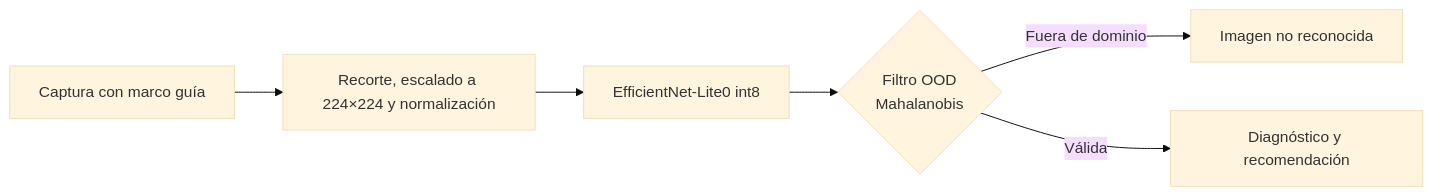
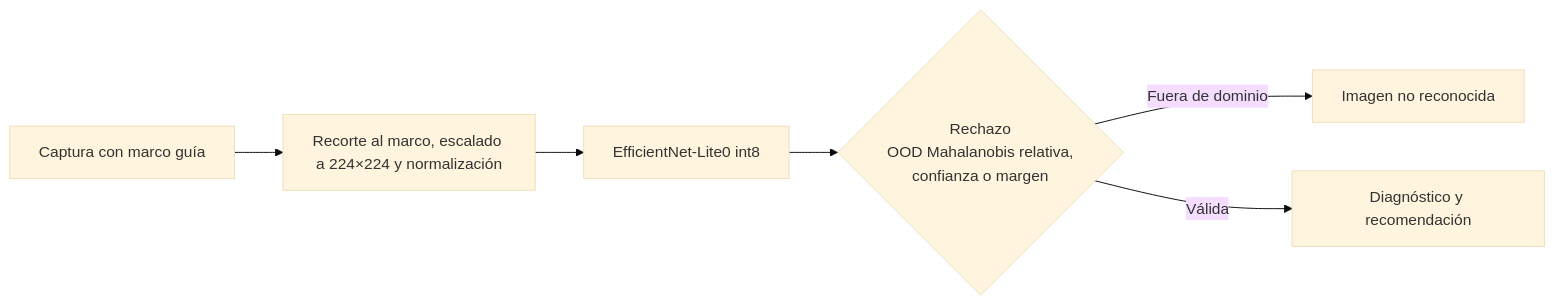
One commit to daiv05/maize-doctor-classifier changed the diagram in docs/es/guia/index.md. Above: the diagram before and after it, drawn with Mermaid (base theme). The commit also changed other lines of this file and 8 other files, not shown here.

````diff
--- a/docs/es/guia/index.md
+++ b/docs/es/guia/index.md
@@ -15,8 +15,8 @@
 ```mermaid
 flowchart LR
-    A["Captura con marco guía"] --> B["Recorte, escalado a 224×224 y normalización"]
+    A["Captura con marco guía"] --> B["Recorte al marco, escalado a 224×224 y normalización"]
     B --> C["EfficientNet-Lite0 int8"]
-    C --> D{"Filtro OOD<br>Mahalanobis"}
+    C --> D{"Rechazo<br>OOD Mahalanobis relativa,<br>confianza o margen"}
     D -- "Fuera de dominio" --> E["Imagen no reconocida"]
     D -- "Válida" --> F["Diagnóstico y recomendación"]
 ```
````
